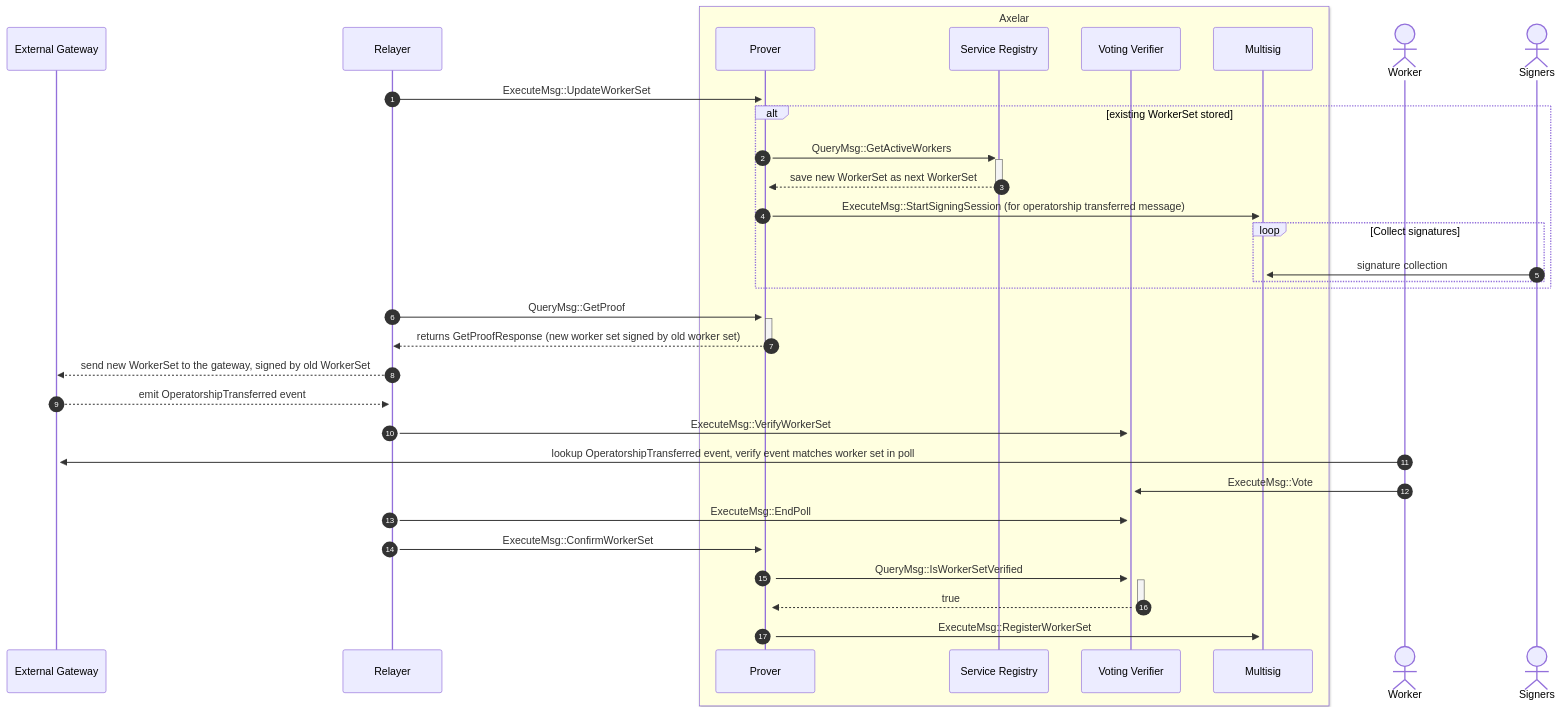
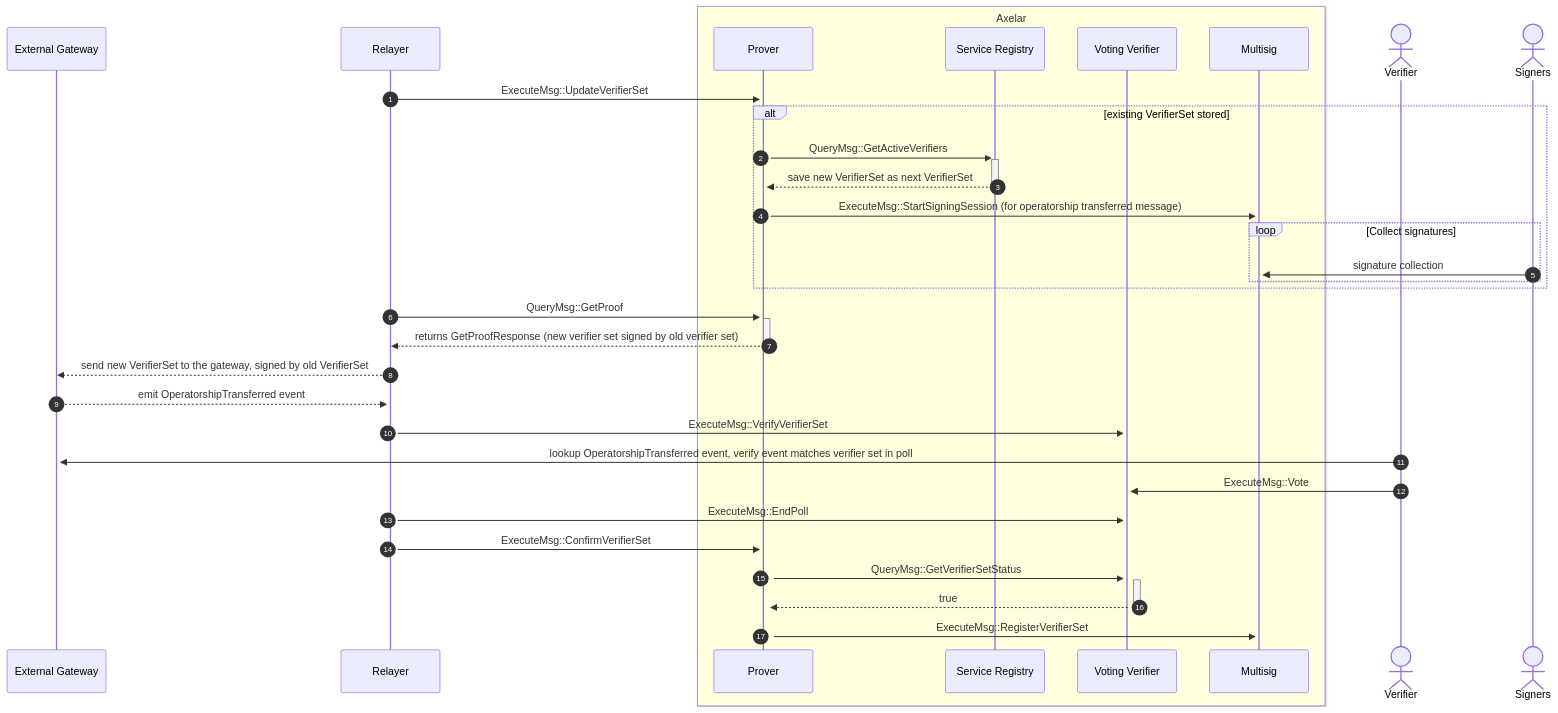
One commit to axelarnetwork/axelar-amplifier changed the fourth of 4 diagrams in doc/src/contracts/multisig_prover.md. Above: the diagram before and after it, drawn with Mermaid. The commit also changed other lines of this file and 7 other files, not shown here.

Commit message:
rename worker to verifier

````diff
--- a/doc/src/contracts/multisig_prover.md
+++ b/doc/src/contracts/multisig_prover.md
@@ -158,35 +167,35 @@
 ```mermaid
 sequenceDiagram
 autonumber
 participant External Gateway
 participant Relayer
 box LightYellow Axelar
 participant Prover
 participant Service Registry
 participant Voting Verifier
 participant Multisig
 end
-actor Worker
+actor Verifier
 actor Signers
-Relayer->>+Prover: ExecuteMsg::UpdateWorkerSet
-alt existing WorkerSet stored
-  Prover->>+Service Registry: QueryMsg::GetActiveWorkers
-  Service Registry-->>-Prover: save new WorkerSet as next WorkerSet
+Relayer->>+Prover: ExecuteMsg::UpdateVerifierSet
+alt existing VerifierSet stored
+  Prover->>+Service Registry: QueryMsg::GetActiveVerifiers
+  Service Registry-->>-Prover: save new VerifierSet as next VerifierSet
   Prover->>+Multisig: ExecuteMsg::StartSigningSession (for operatorship transferred message)
   loop Collect signatures
 	  Signers->>+Multisig: signature collection
   end
 end
 Relayer->>+Prover: QueryMsg::GetProof
-Prover-->>-Relayer: returns GetProofResponse (new worker set signed by old worker set)
-Relayer-->>External Gateway: send new WorkerSet to the gateway, signed by old WorkerSet
+Prover-->>-Relayer: returns GetProofResponse (new verifier set signed by old verifier set)
+Relayer-->>External Gateway: send new VerifierSet to the gateway, signed by old VerifierSet
 External Gateway-->>+Relayer: emit OperatorshipTransferred event
-Relayer->>+Voting Verifier: ExecuteMsg::VerifyWorkerSet
-Worker->>+External Gateway: lookup OperatorshipTransferred event, verify event matches worker set in poll
-Worker->>+Voting Verifier: ExecuteMsg::Vote
+Relayer->>+Voting Verifier: ExecuteMsg::VerifyVerifierSet
+Verifier->>+External Gateway: lookup OperatorshipTransferred event, verify event matches verifier set in poll
+Verifier->>+Voting Verifier: ExecuteMsg::Vote
 Relayer->>+Voting Verifier: ExecuteMsg::EndPoll
-Relayer->>+Prover: ExecuteMsg::ConfirmWorkerSet
-Prover->>+Voting Verifier: QueryMsg::IsWorkerSetVerified
+Relayer->>+Prover: ExecuteMsg::ConfirmVerifierSet
+Prover->>+Voting Verifier: QueryMsg::GetVerifierSetStatus
 Voting Verifier-->>-Prover: true
-Prover->>+Multisig: ExecuteMsg::RegisterWorkerSet
+Prover->>+Multisig: ExecuteMsg::RegisterVerifierSet
 ```
````
